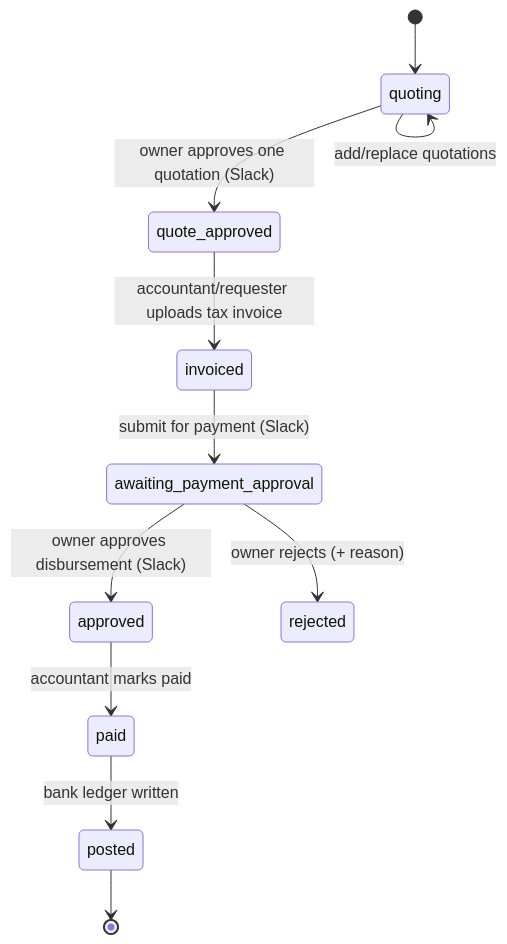
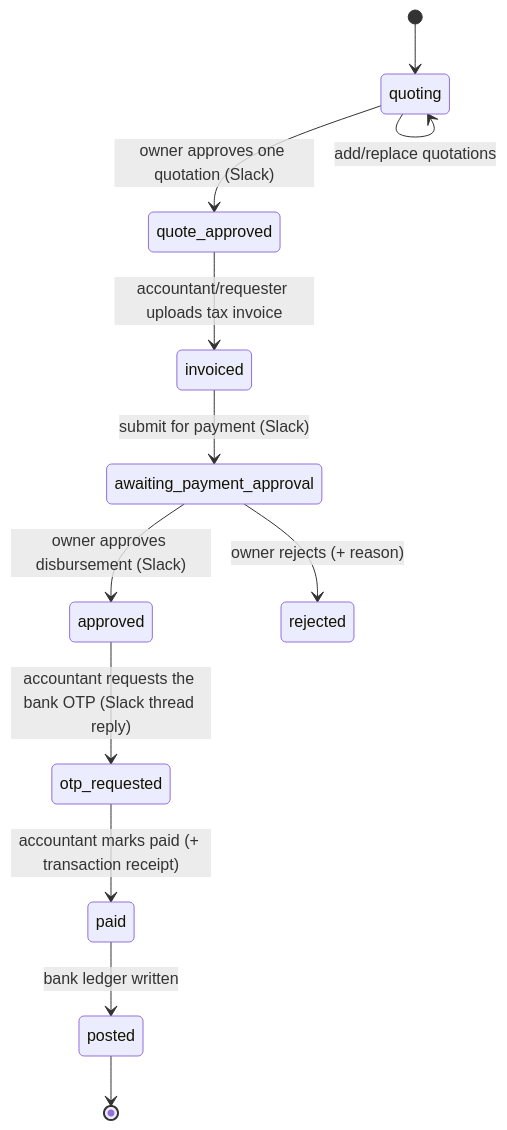
The third of 3 diagrams in docs/Payments - Unified Workflow Design.md (nitin-george25/abhinaya-cinemas), drawn with Mermaid before and after one commit. The commit also changed other lines of this file and 10 other files, not shown here.

````diff
--- a/docs/Payments - Unified Workflow Design.md
+++ b/docs/Payments - Unified Workflow Design.md
@@ -166,13 +178,14 @@
 ```mermaid
 stateDiagram-v2
   [*] --> quoting
   quoting --> quote_approved: owner approves one quotation (Slack)
   quoting --> quoting: add/replace quotations
   quote_approved --> invoiced: accountant/requester uploads tax invoice
   invoiced --> awaiting_payment_approval: submit for payment (Slack)
   awaiting_payment_approval --> approved: owner approves disbursement (Slack)
   awaiting_payment_approval --> rejected: owner rejects (+ reason)
-  approved --> paid: accountant marks paid
+  approved --> otp_requested: accountant requests the bank OTP (Slack thread reply)
+  otp_requested --> paid: accountant marks paid (+ transaction receipt)
   paid --> posted: bank ledger written
   posted --> [*]
 ```
````
